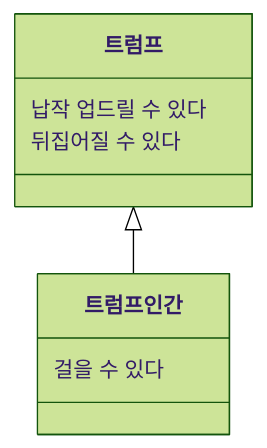
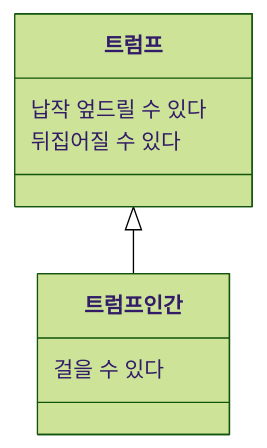
One commit to CS-yorisa/CS-COOK-BOOK changed the diagram in books/객체지향의 사실과 오해/03.md. Above: the diagram before and after it, drawn with Mermaid (forest theme). The commit also changed other lines of this file, not shown here.

````diff
--- a/books/객체지향의 사실과 오해/03.md
+++ b/books/객체지향의 사실과 오해/03.md
@@ -87,11 +87,11 @@
 ```mermaid
 classDiagram
     트럼프 <|-- 트럼프인간
     class 트럼프 {
-        납작 업드릴 수 있다
+        납작 엎드릴 수 있다
         뒤집어질 수 있다
     }
     class 트럼프인간{
         걸을 수 있다
     }
 ```
````
